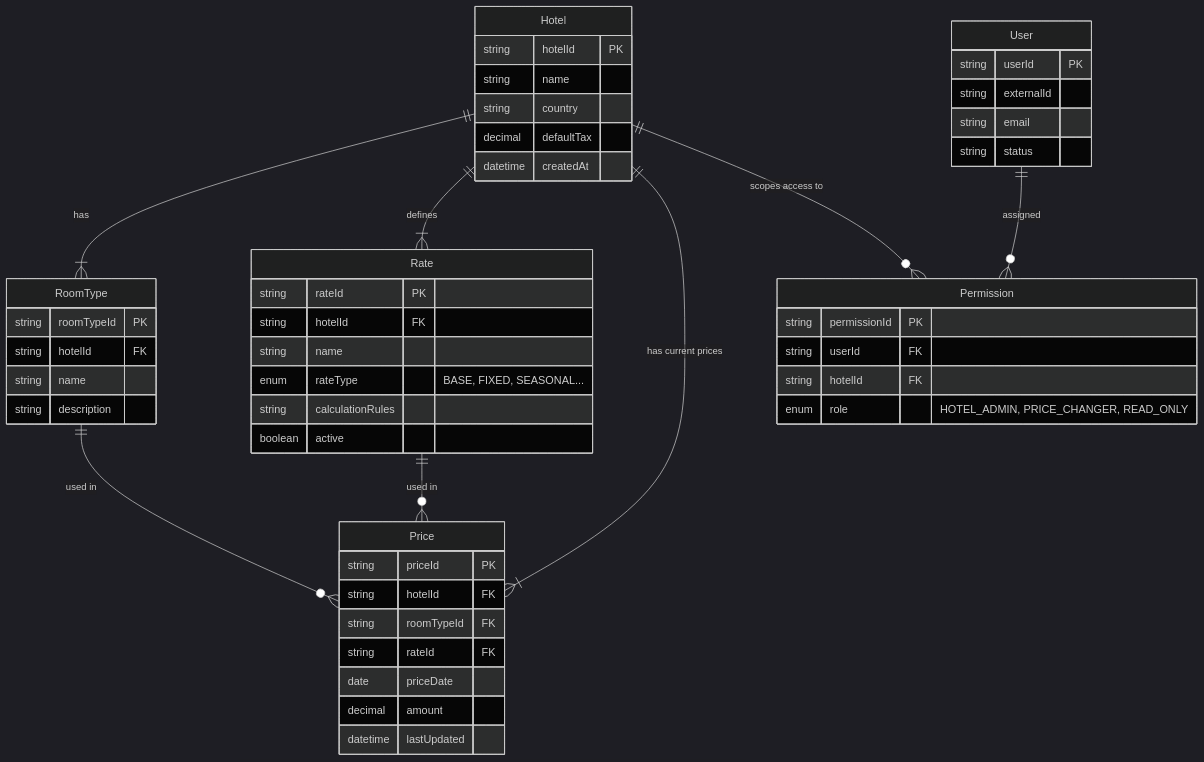
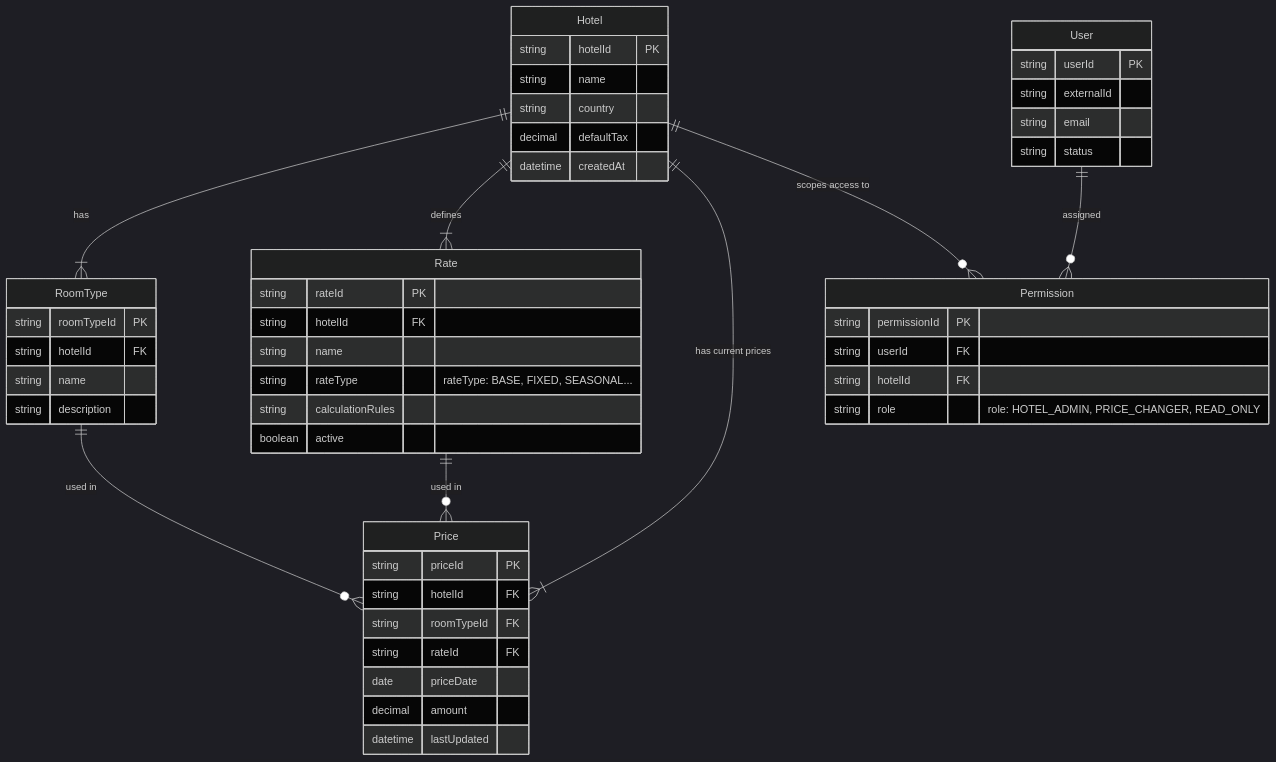
Before and after one commit to sunziran6/hotel-pricing-arch: the eighth of 9 diagrams in output/conversation-logs/iteration-02-conversation-log.md, drawn with Mermaid (dark theme). The commit also changed other lines of this file and 22 other files, not shown here.

````diff
--- a/output/conversation-logs/iteration-02-conversation-log.md
+++ b/output/conversation-logs/iteration-02-conversation-log.md
@@ -1058,58 +1058,58 @@
 ```mermaid
 erDiagram
     Hotel {
         string hotelId PK
         string name
         string country
         decimal defaultTax
         datetime createdAt
     }
 
     RoomType {
         string roomTypeId PK
         string hotelId FK
         string name
         string description
     }
 
     Rate {
         string rateId PK
         string hotelId FK
         string name
-        enum rateType "BASE, FIXED, SEASONAL..."
+        string rateType "rateType: BASE, FIXED, SEASONAL..."
         string calculationRules
         boolean active
     }
 
     Price {
         string priceId PK
         string hotelId FK
         string roomTypeId FK
         string rateId FK
         date priceDate
         decimal amount
         datetime lastUpdated
     }
 
     User {
         string userId PK
         string externalId
         string email
         string status
     }
 
     Permission {
         string permissionId PK
         string userId FK
         string hotelId FK
-        enum role "HOTEL_ADMIN, PRICE_CHANGER, READ_ONLY"
+        string role "role: HOTEL_ADMIN, PRICE_CHANGER, READ_ONLY"
     }
 
     Hotel ||--|{ RoomType : "has"
     Hotel ||--|{ Rate : "defines"
     Hotel ||--|{ Price : "has current prices"
     RoomType ||--o{ Price : "used in"
     Rate ||--o{ Price : "used in"
     User ||--o{ Permission : "assigned"
     Hotel ||--o{ Permission : "scopes access to"
 ```
````
